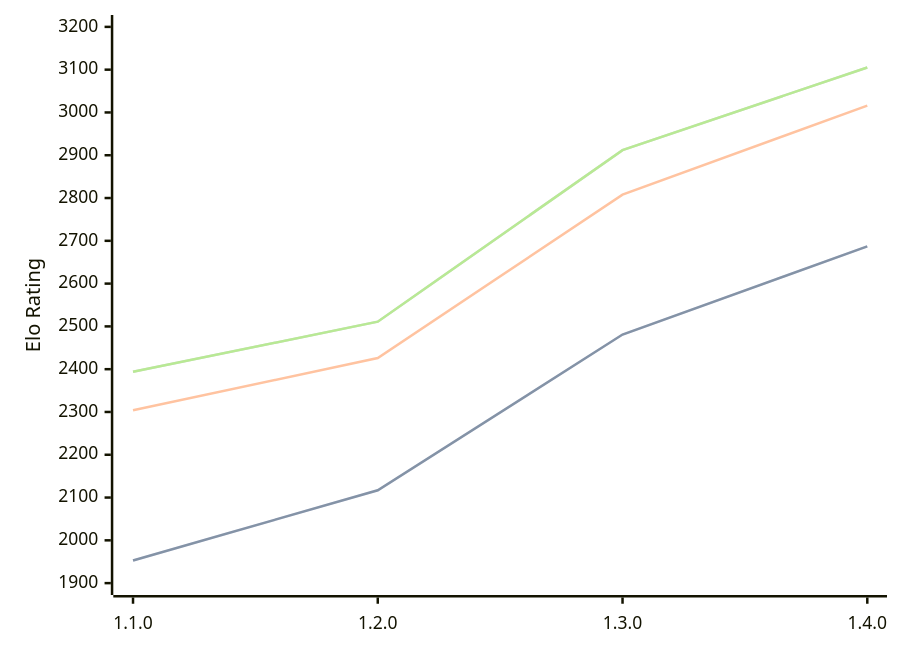
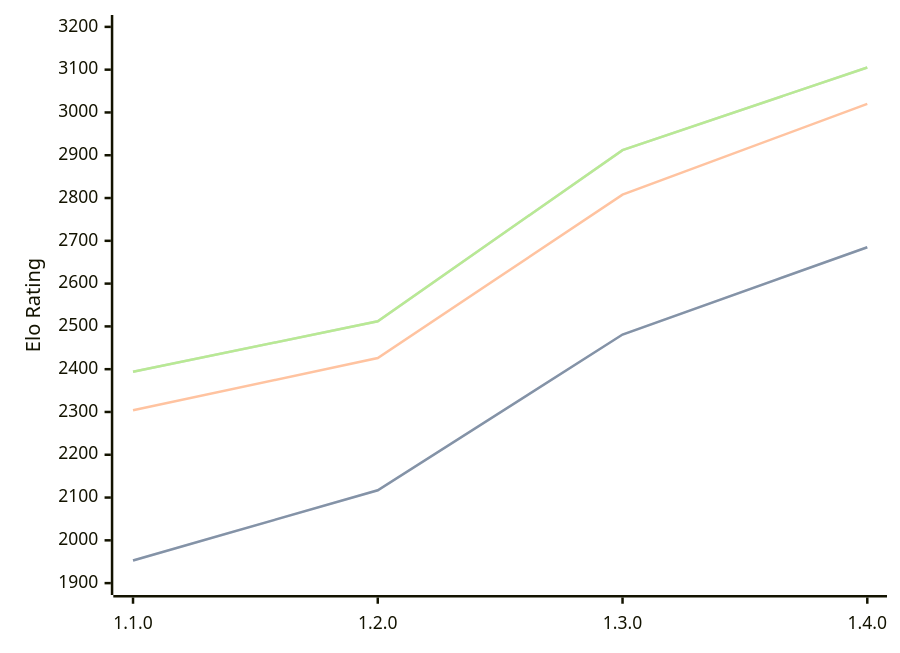
Before and after one commit to computer-chess-index/cci: the diagram in engines/Gyatso.md, drawn with Mermaid. The commit also changed other lines of this file, not shown here.

Commit message:
Update CCI Ratings (ELO VLTC) - 2026-08-10

````diff
--- a/engines/Gyatso.md
+++ b/engines/Gyatso.md
@@ -36,11 +36,11 @@
 ```mermaid
 %%{init: {"theme":"base","themeVariables":{"seriesColors:['#a3a3a3','#222221','#faa371']}}}%%
 xychart-beta
   x-axis ["1.1.0", "1.2.0", "1.3.0", "1.4.0"]
   y-axis "Elo Rating" 1900 --> 3200
-  line "STC (8.0+0.08s)" [1953, 2117, 2481, 2687]
-  line "STC (8.0+0.08s)" [1953, 2117, 2481, 2687]
-  line "LTC (60.0+0.60s)" [2304, 2426, 2808, 3016]
-  line "VLTC (2m24s+1.12s)" [2394, 2511, 2912, 3105]
-  line "VLTC (2m24s+1.12s)" [2394, 2511, 2912, 3105]
+  line "STC (8.0+0.08s)" [1953, 2117, 2481, 2685]
+  line "STC (8.0+0.08s)" [1953, 2117, 2481, 2685]
+  line "LTC (60.0+0.60s)" [2304, 2426, 2808, 3020]
+  line "VLTC (2m24s+1.12s)" [2394, 2512, 2912, 3105]
+  line "VLTC (2m24s+1.12s)" [2394, 2512, 2912, 3105]
 ```
````
